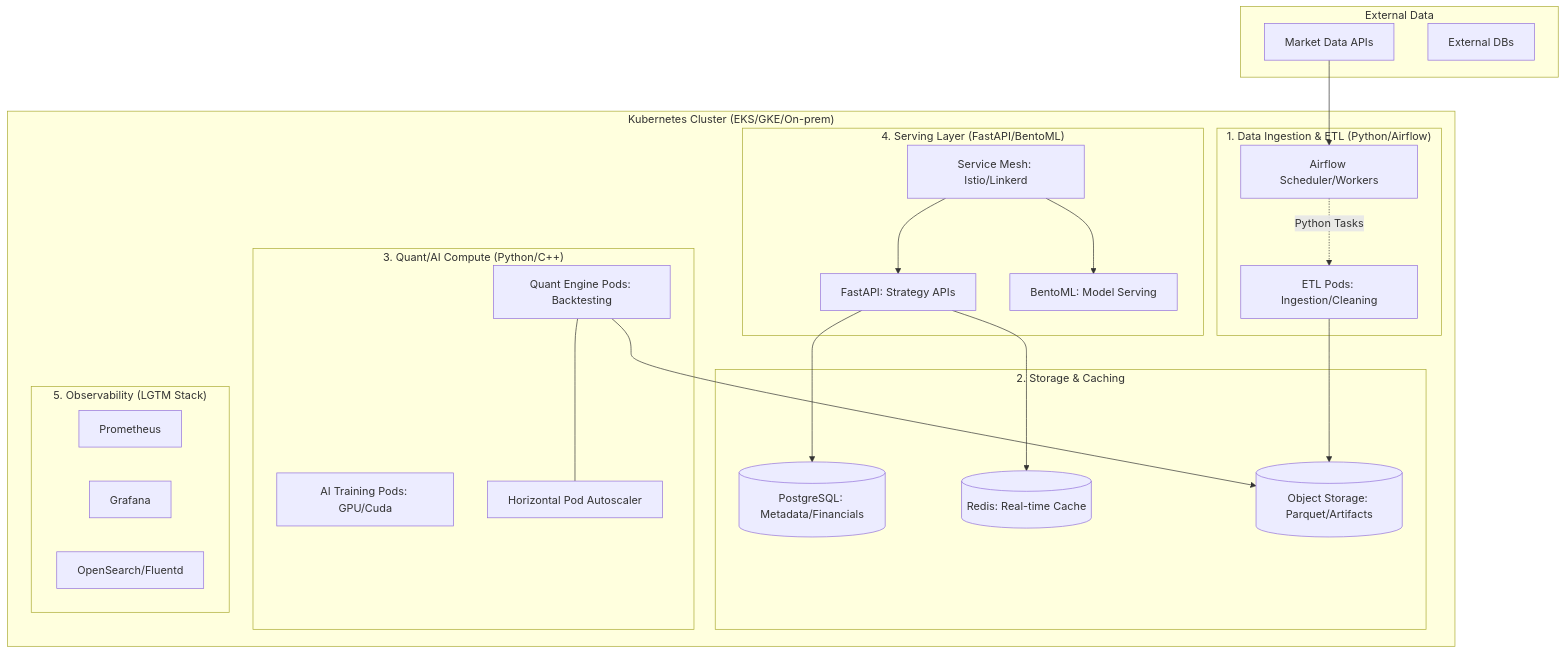
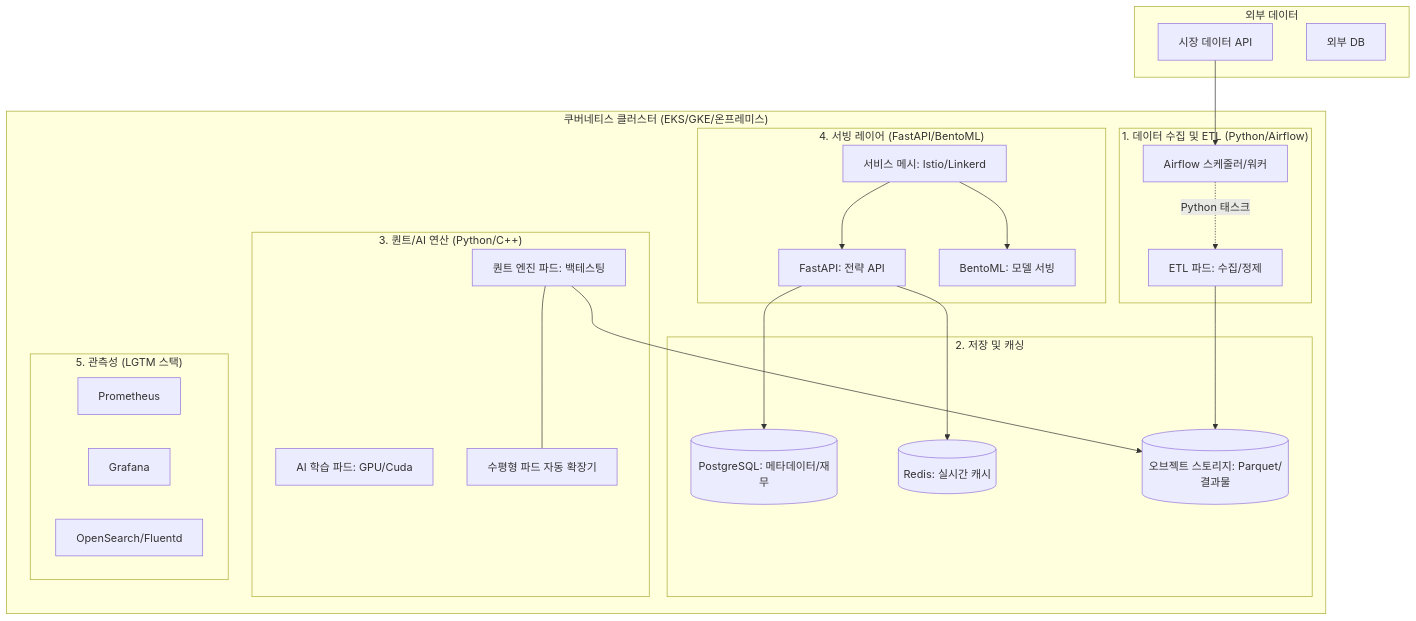
Before and after one commit to muzzaiwork/interview: the diagram in 미래에셋자산운용/01_company_info/03_system_architecture.md, drawn with Mermaid. The commit also changed 1 other file, not shown here.

Commit message:
docs: Mermaid 다이어그램 한글화

````diff
--- a/미래에셋자산운용/01_company_info/03_system_architecture.md
+++ b/미래에셋자산운용/01_company_info/03_system_architecture.md
@@ -7,45 +7,45 @@
 ```mermaid
 graph TD
-    subgraph "External Data"
-        API[Market Data APIs]
-        DB_EXT[External DBs]
+    subgraph "외부 데이터"
+        API[시장 데이터 API]
+        DB_EXT[외부 DB]
     end
 
-    subgraph "Kubernetes Cluster (EKS/GKE/On-prem)"
-        subgraph "1. Data Ingestion & ETL (Python/Airflow)"
-            AF[Airflow Scheduler/Workers]
-            AF -.-> |Python Tasks| ETL[ETL Pods: Ingestion/Cleaning]
+    subgraph "쿠버네티스 클러스터 (EKS/GKE/온프레미스)"
+        subgraph "1. 데이터 수집 및 ETL (Python/Airflow)"
+            AF[Airflow 스케줄러/워커]
+            AF -.-> |Python 태스크| ETL[ETL 파드: 수집/정제]
         end
 
-        subgraph "2. Storage & Caching"
-            PG[(PostgreSQL: Metadata/Financials)]
-            RD[(Redis: Real-time Cache)]
-            S3[(Object Storage: Parquet/Artifacts)]
+        subgraph "2. 저장 및 캐싱"
+            PG[(PostgreSQL: 메타데이터/재무)]
+            RD[(Redis: 실시간 캐시)]
+            S3[(오브젝트 스토리지: Parquet/결과물)]
         end
 
-        subgraph "3. Quant/AI Compute (Python/C++)"
-            QE[Quant Engine Pods: Backtesting]
-            AT[AI Training Pods: GPU/Cuda]
-            QE --- HPA[Horizontal Pod Autoscaler]
+        subgraph "3. 퀀트/AI 연산 (Python/C++)"
+            QE[퀀트 엔진 파드: 백테스팅]
+            AT[AI 학습 파드: GPU/Cuda]
+            QE --- HPA[수평형 파드 자동 확장기]
         end
 
-        subgraph "4. Serving Layer (FastAPI/BentoML)"
-            SVC[Service Mesh: Istio/Linkerd]
-            SVC --> API_PODS[FastAPI: Strategy APIs]
-            SVC --> INF_PODS[BentoML: Model Serving]
+        subgraph "4. 서빙 레이어 (FastAPI/BentoML)"
+            SVC[서비스 메시: Istio/Linkerd]
+            SVC --> API_PODS[FastAPI: 전략 API]
+            SVC --> INF_PODS[BentoML: 모델 서빙]
         end
 
-        subgraph "5. Observability (LGTM Stack)"
+        subgraph "5. 관측성 (LGTM 스택)"
             PROM[Prometheus]
             GRAF[Grafana]
             OS[OpenSearch/Fluentd]
         end
     end
 
-    %% Flow
+    %% 흐름
     API --> AF
     ETL --> S3
     QE --> S3
     API_PODS --> PG
     API_PODS --> RD
 ```
````
